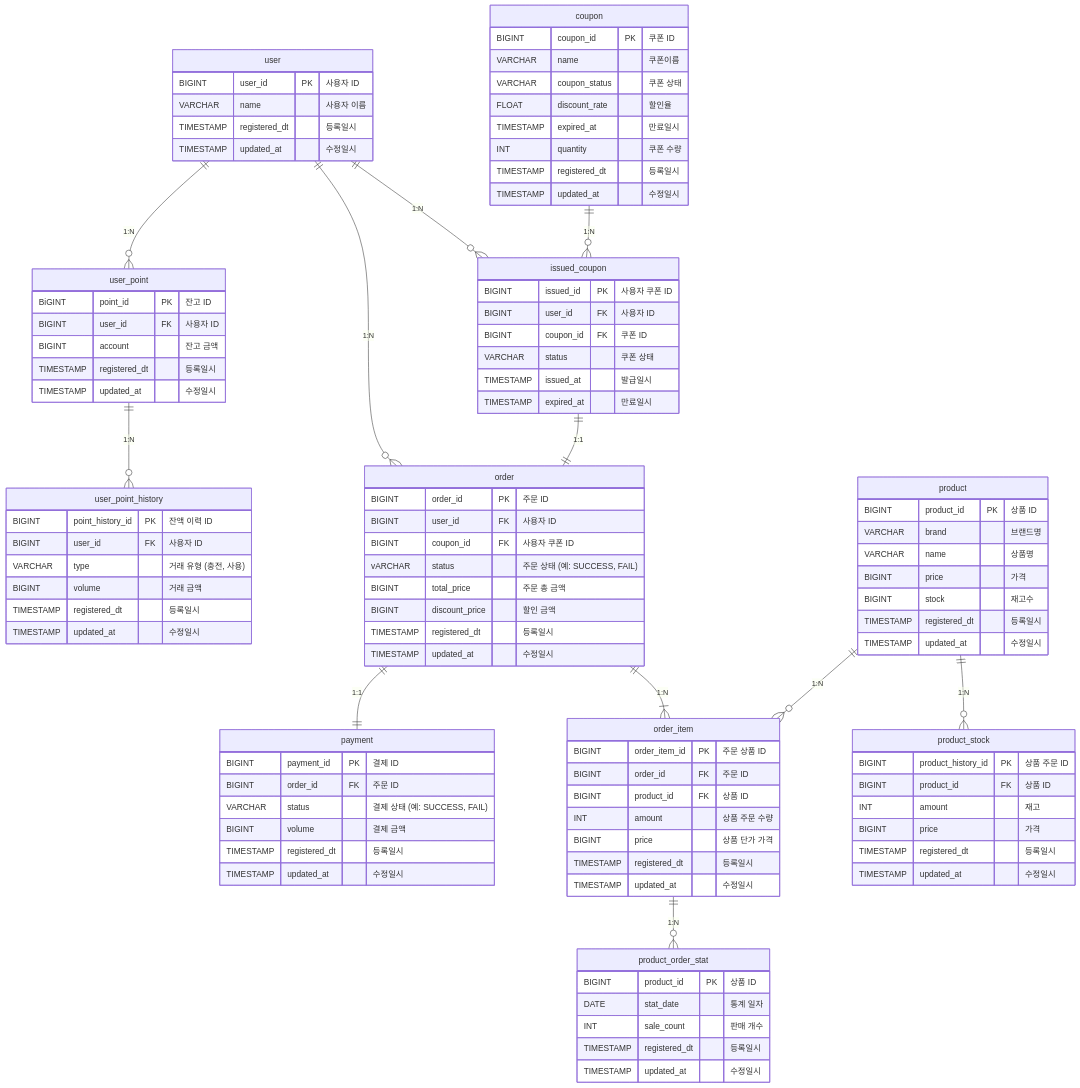
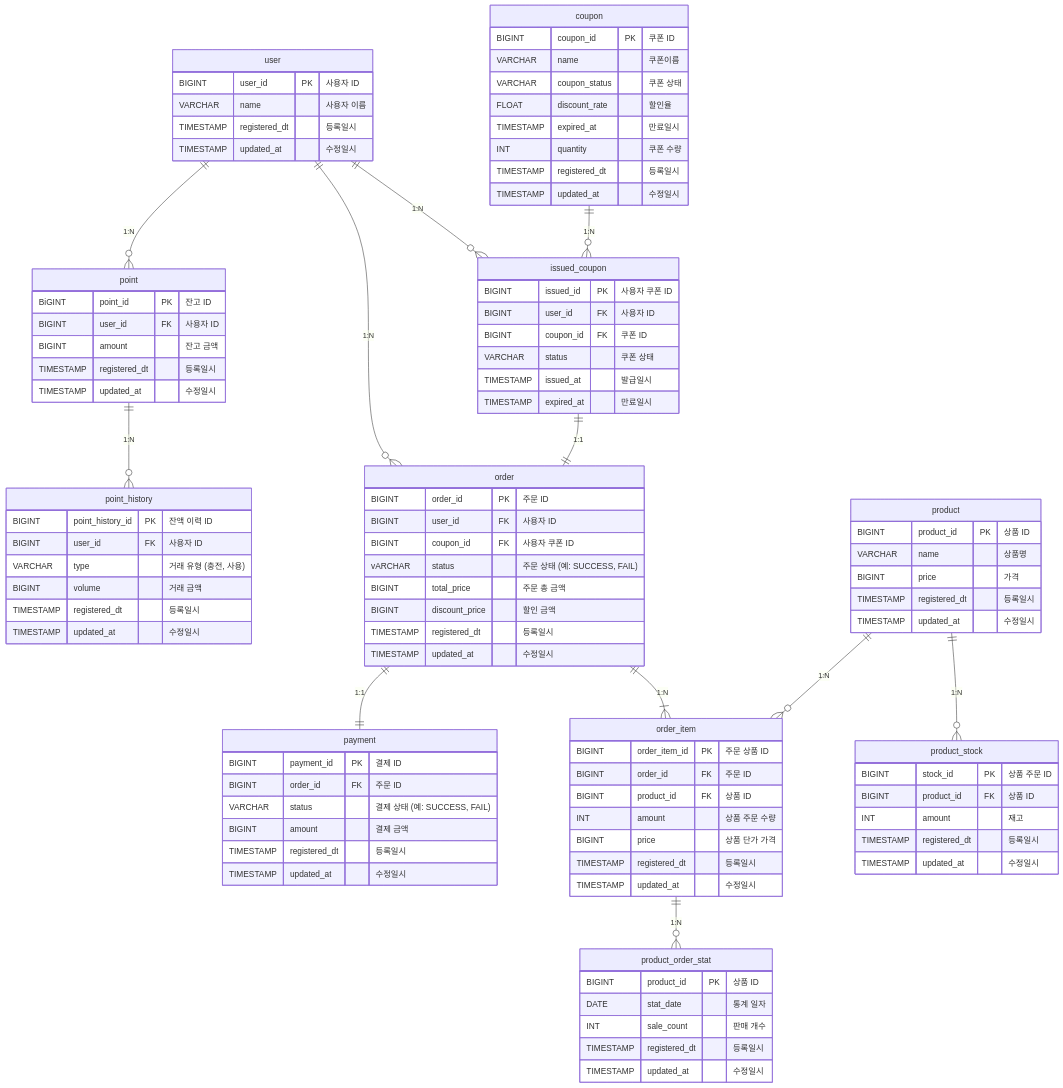
Before and after one commit to w00smanK/hhplus-ecommerce: the diagram in docs/ERD.md, drawn with Mermaid.

Commit message:
docs : erd 수정

````diff
--- a/docs/ERD.md
+++ b/docs/ERD.md
@@ -11,8 +11,8 @@
 ```mermaid
 
 erDiagram
-user ||--o{ user_point : "1:N"
-user_point ||--o{ user_point_history : "1:N"
+user ||--o{ point : "1:N"
+point ||--o{ point_history : "1:N"
 user ||--o{ issued_coupon : "1:N"
 user ||--o{ order : "1:N"
 coupon ||--o{ issued_coupon : "1:N"
@@ -29,15 +29,15 @@
         TIMESTAMP updated_at "수정일시"
     }
 
-    user_point {
+    point {
         BiGINT point_id PK "잔고 ID"
         BIGINT user_id FK "사용자 ID"
-        BIGINT account "잔고 금액"
+        BIGINT amount "잔고 금액"
         TIMESTAMP registered_dt "등록일시"
         TIMESTAMP updated_at "수정일시"
     }
 
-    user_point_history {
+    point_history {
         BIGINT point_history_id PK "잔액 이력 ID"
         BIGINT user_id FK "사용자 ID"
         VARCHAR type "거래 유형 (충전, 사용)"
@@ -91,26 +91,23 @@
         BIGINT payment_id PK "결제 ID"
         BIGINT order_id FK "주문 ID"
         VARCHAR status "결제 상태 (예: SUCCESS, FAIL)"
-        BIGINT volume "결제 금액"
+        BIGINT amount "결제 금액"
         TIMESTAMP registered_dt "등록일시"
         TIMESTAMP updated_at "수정일시"
     }
 
     product {
         BIGINT product_id PK "상품 ID"
-        VARCHAR brand "브랜드명"
         VARCHAR name "상품명"
         BIGINT price "가격"
-        BIGINT stock "재고수"
         TIMESTAMP registered_dt "등록일시"
         TIMESTAMP updated_at "수정일시"
     }
 
     product_stock {
-        BIGINT product_history_id PK "상품 주문 ID"
+        BIGINT stock_id PK "상품 주문 ID"
         BIGINT product_id FK "상품 ID"
         INT amount "재고"
-        BIGINT price "가격"
         TIMESTAMP registered_dt "등록일시"
         TIMESTAMP updated_at "수정일시"
     }
````
